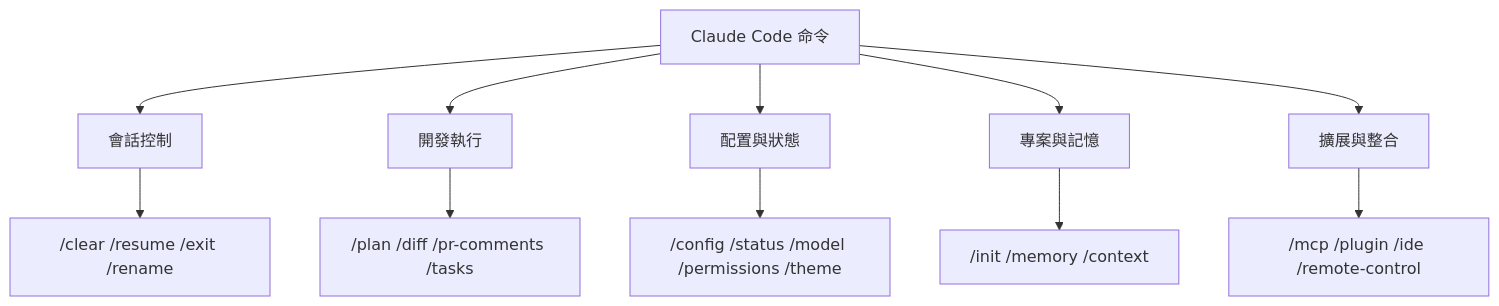
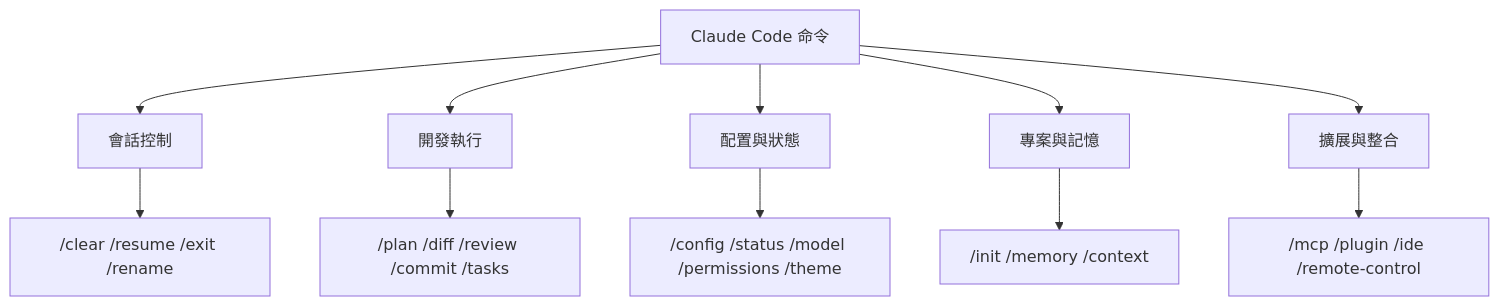
One commit to gemini960114/CC changed the first of 3 diagrams in 02_Claude_Code_常用命令.md. Above: the diagram before and after it, drawn with Mermaid. The commit also changed other lines of this file and 6 other files, not shown here.

````diff
--- a/02_Claude_Code_常用命令.md
+++ b/02_Claude_Code_常用命令.md
@@ -26,13 +20,13 @@
 ```mermaid
 flowchart TD
     ROOT[Claude Code 命令] --> A[會話控制]
     ROOT --> B[開發執行]
     ROOT --> C[配置與狀態]
     ROOT --> D[專案與記憶]
     ROOT --> E[擴展與整合]
     A --> A1["/clear /resume /exit /rename"]
-    B --> B1["/plan /diff /pr-comments /tasks"]
+    B --> B1["/plan /diff /review /commit /tasks"]
     C --> C1["/config /status /model /permissions /theme"]
     D --> D1["/init /memory /context"]
     E --> E1["/mcp /plugin /ide /remote-control"]
 ```
````
